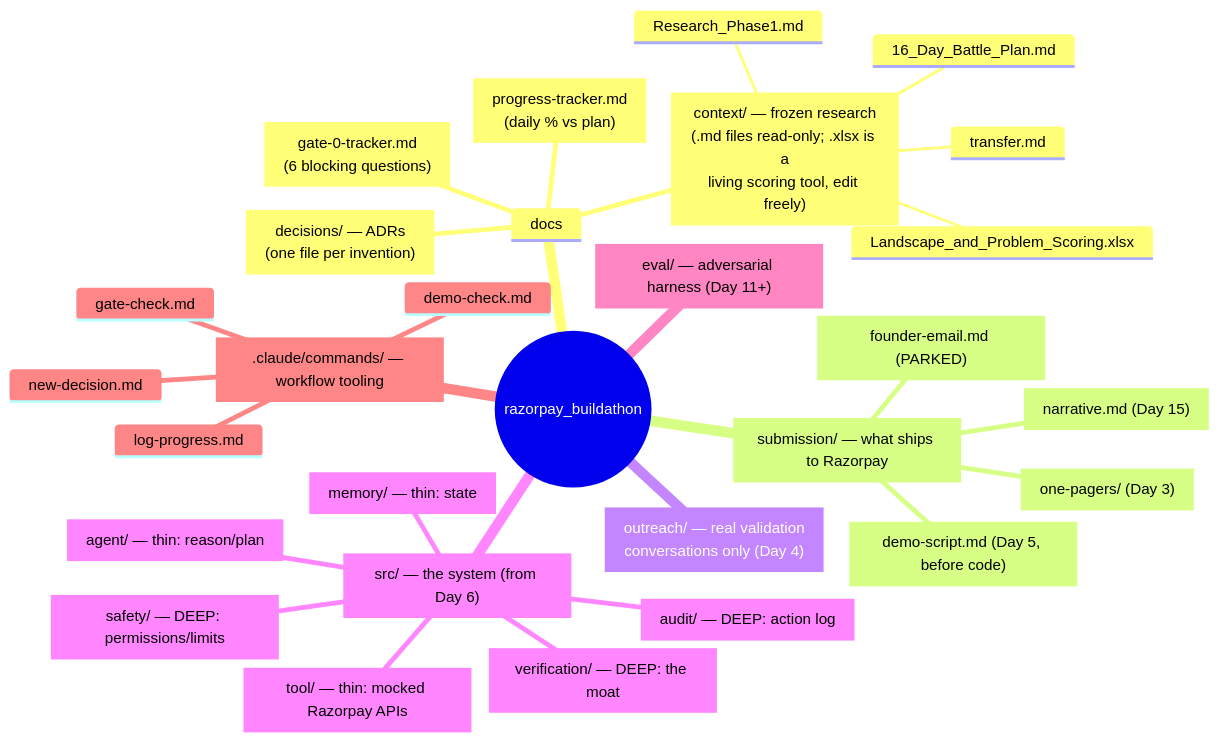
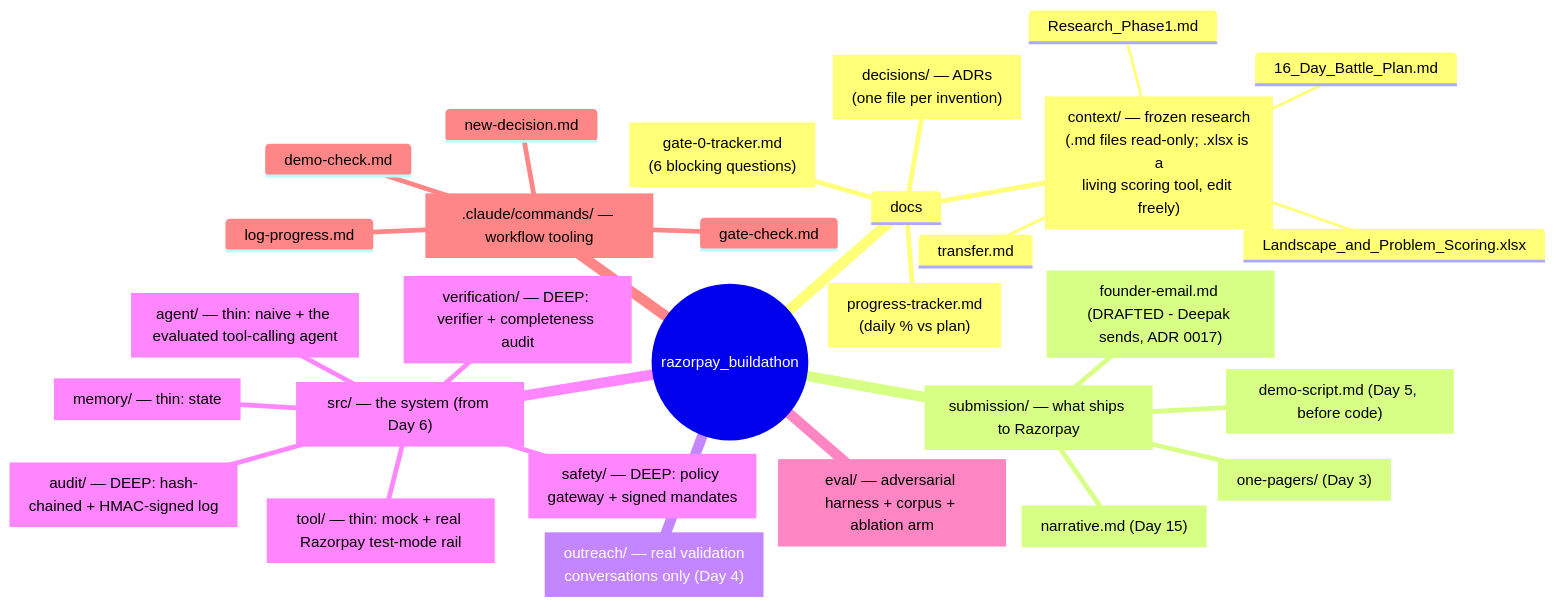
The diagram in docs/REPO_MAP.md (csdeepak/razorpay_buildathon), drawn with Mermaid before and after one commit. The commit also changed 41 other files, not shown here.

````diff
--- a/docs/REPO_MAP.md
+++ b/docs/REPO_MAP.md
@@ -7,38 +7,38 @@
 ```mermaid
 mindmap
   root((razorpay_buildathon))
     docs
       context["context/ — frozen research
       (.md files read-only; .xlsx is a
       living scoring tool, edit freely)"]
         transfer.md
         Research_Phase1.md
         16_Day_Battle_Plan.md
         Landscape_and_Problem_Scoring.xlsx
       decisions["decisions/ — ADRs
       (one file per invention)"]
       gate-0-tracker.md["gate-0-tracker.md
       (6 blocking questions)"]
       progress-tracker.md["progress-tracker.md
       (daily % vs plan)"]
     submission["submission/ — what ships to Razorpay"]
       one-pagers["one-pagers/ (Day 3)"]
       demo-script.md["demo-script.md (Day 5, before code)"]
       narrative.md["narrative.md (Day 15)"]
-      founder-email.md["founder-email.md (PARKED)"]
+      founder-email.md["founder-email.md (DRAFTED - Deepak sends, ADR 0017)"]
     outreach["outreach/ — real validation
     conversations only (Day 4)"]
     src["src/ — the system (from Day 6)"]
-      agent["agent/ — thin: reason/plan"]
-      tool["tool/ — thin: mocked Razorpay APIs"]
-      safety["safety/ — DEEP: permissions/limits"]
-      verification["verification/ — DEEP: the moat"]
+      agent["agent/ — thin: naive + the evaluated tool-calling agent"]
+      tool["tool/ — thin: mock + real Razorpay test-mode rail"]
+      safety["safety/ — DEEP: policy gateway + signed mandates"]
+      verification["verification/ — DEEP: verifier + completeness audit"]
       memory["memory/ — thin: state"]
-      audit["audit/ — DEEP: action log"]
-    eval["eval/ — adversarial harness (Day 11+)"]
+      audit["audit/ — DEEP: hash-chained + HMAC-signed log"]
+    eval["eval/ — adversarial harness + corpus + ablation arm"]
     claude[".claude/commands/ — workflow tooling"]
       new-decision.md
       gate-check.md
       log-progress.md
       demo-check.md
 ```
````
